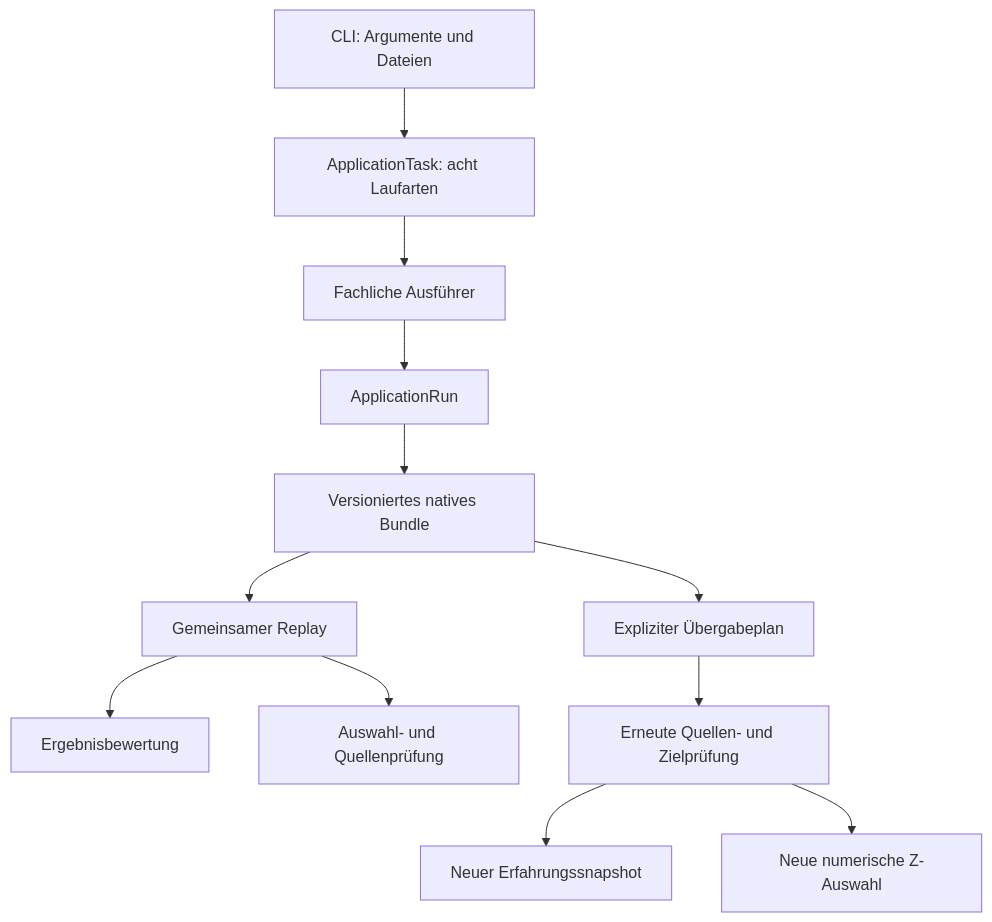
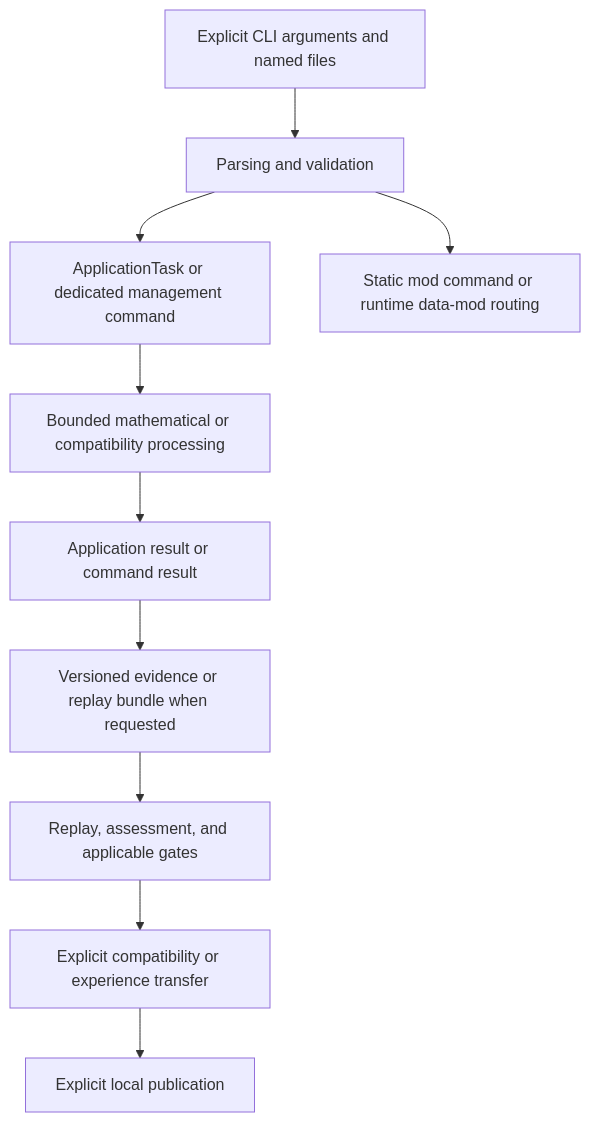
The diagram in docs/architecture/03-blueprint-consolidation.md (ChrisFle2003/BRUCE-raw), drawn with Mermaid before and after one commit. The commit also changed other lines of this file and 21 other files, not shown here.

````diff
--- a/docs/architecture/03-blueprint-consolidation.md
+++ b/docs/architecture/03-blueprint-consolidation.md
@@ -13,14 +42,12 @@
 ```mermaid
 flowchart TD
-    CLI[CLI: Argumente und Dateien] --> Task[ApplicationTask: acht Laufarten]
-    Task --> Execute[Fachliche Ausführer]
-    Execute --> Run[ApplicationRun]
-    Run --> Bundle[Versioniertes natives Bundle]
-    Bundle --> Replay[Gemeinsamer Replay]
-    Replay --> Assessment[Ergebnisbewertung]
-    Replay --> Gates[Auswahl- und Quellenprüfung]
-    Bundle --> Transfer[Expliziter Übergabeplan]
-    Transfer --> Recheck[Erneute Quellen- und Zielprüfung]
-    Recheck --> Experience[Neuer Erfahrungssnapshot]
-    Recheck --> Selection[Neue numerische Z-Auswahl]
+    CLI[Explicit CLI arguments and named files] --> Parse[Parsing and validation]
+    Parse --> Task[ApplicationTask or dedicated management command]
+    Task --> Execute[Bounded mathematical or compatibility processing]
+    Execute --> Result[Application result or command result]
+    Result --> Bundle[Versioned evidence or replay bundle when requested]
+    Bundle --> Replay[Replay, assessment, and applicable gates]
+    Replay --> Transfer[Explicit compatibility or experience transfer]
+    Transfer --> Local[Explicit local publication]
+    Parse --> Mods[Static mod command or runtime data-mod routing]
 ```
````
